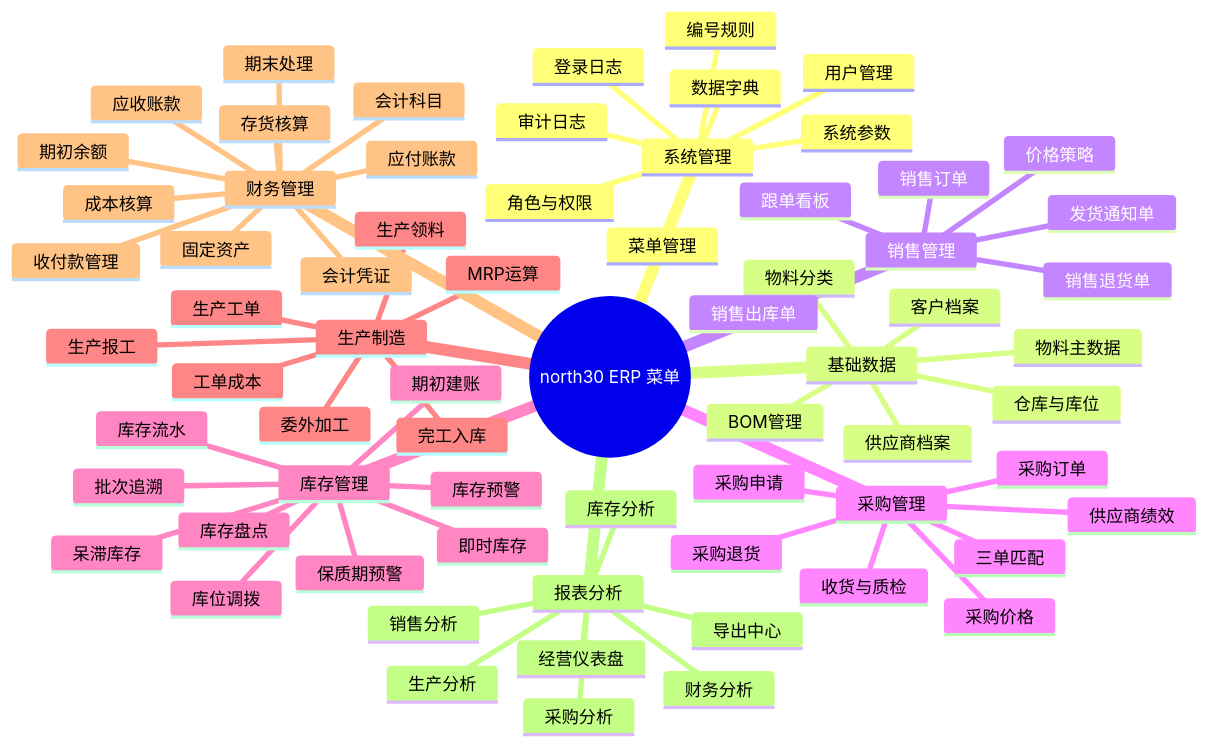
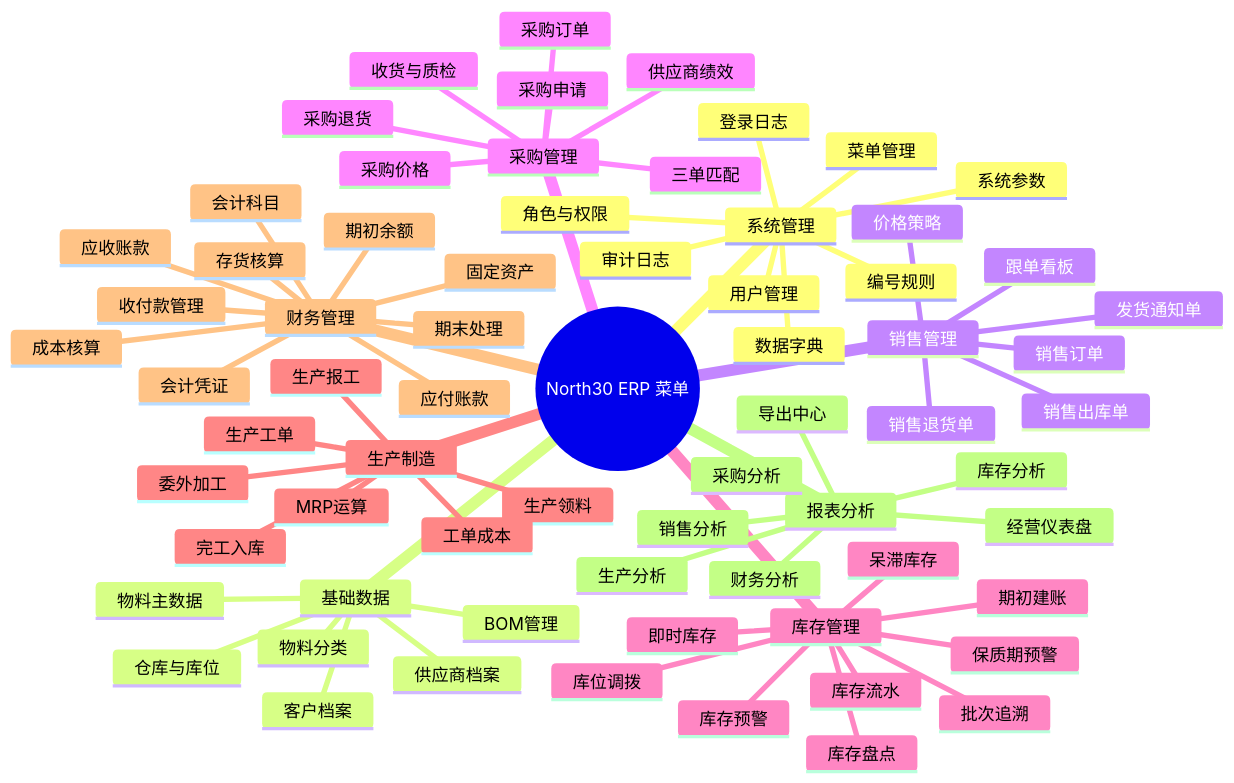
Before and after one commit to north30-dev/north30-erp-project: the first of 6 diagrams in docs/phase2-system-design/05-UI-UX设计说明.md, drawn with Mermaid. The commit also changed 31 other files, not shown here.

````diff
--- a/docs/phase2-system-design/05-UI-UX设计说明.md
+++ b/docs/phase2-system-design/05-UI-UX设计说明.md
@@ -106,72 +106,72 @@
 ```mermaid
 mindmap
-  root((north30 ERP 菜单))
+  root((North30 ERP 菜单))
     系统管理
       用户管理
       角色与权限
       菜单管理
       数据字典
       系统参数
       编号规则
       审计日志
       登录日志
     基础数据
       物料分类
       物料主数据
       BOM管理
       客户档案
       供应商档案
       仓库与库位
     销售管理
       销售订单
       发货通知单
       销售出库单
       销售退货单
       价格策略
       跟单看板
     采购管理
       采购申请
       采购订单
       收货与质检
       采购退货
       三单匹配
       采购价格
       供应商绩效
     库存管理
       即时库存
       库存流水
       库存盘点
       库位调拨
       批次追溯
       库存预警
       呆滞库存
       保质期预警
       期初建账
     生产制造
       MRP运算
       生产工单
       生产领料
       生产报工
       完工入库
       委外加工
       工单成本
     财务管理
       会计凭证
       会计科目
       应收账款
       应付账款
       收付款管理
       存货核算
       成本核算
       固定资产
       期末处理
       期初余额
     报表分析
       经营仪表盘
       销售分析
       采购分析
       库存分析
       生产分析
       财务分析
       导出中心
 ```
````
